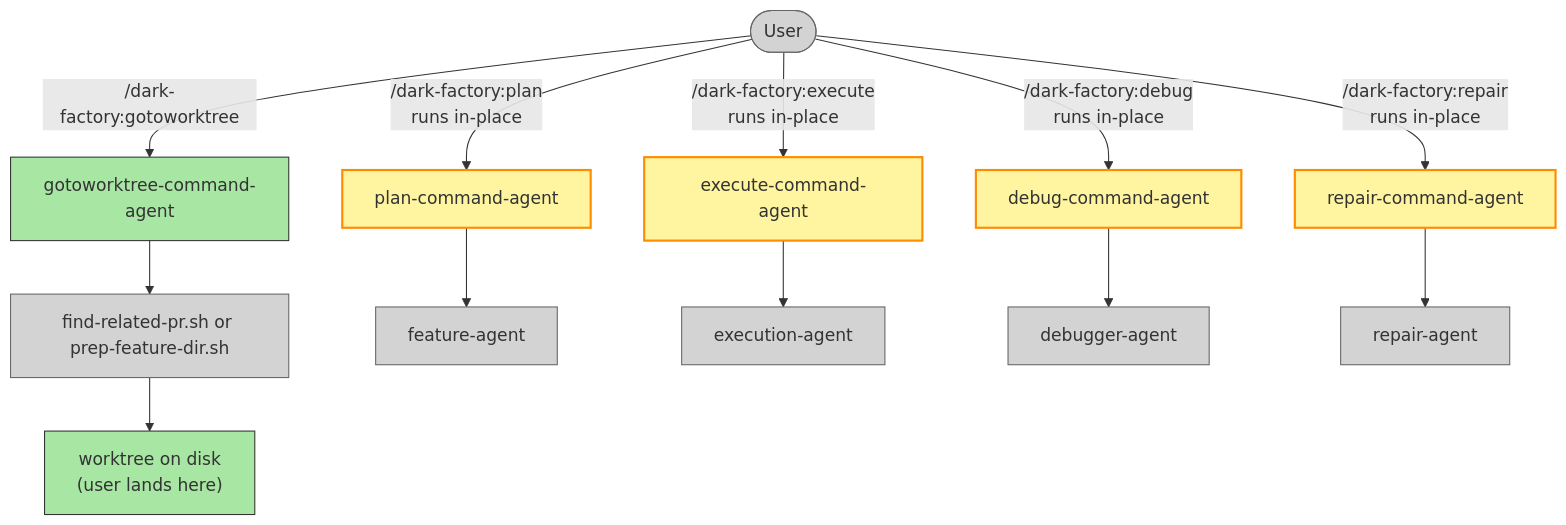
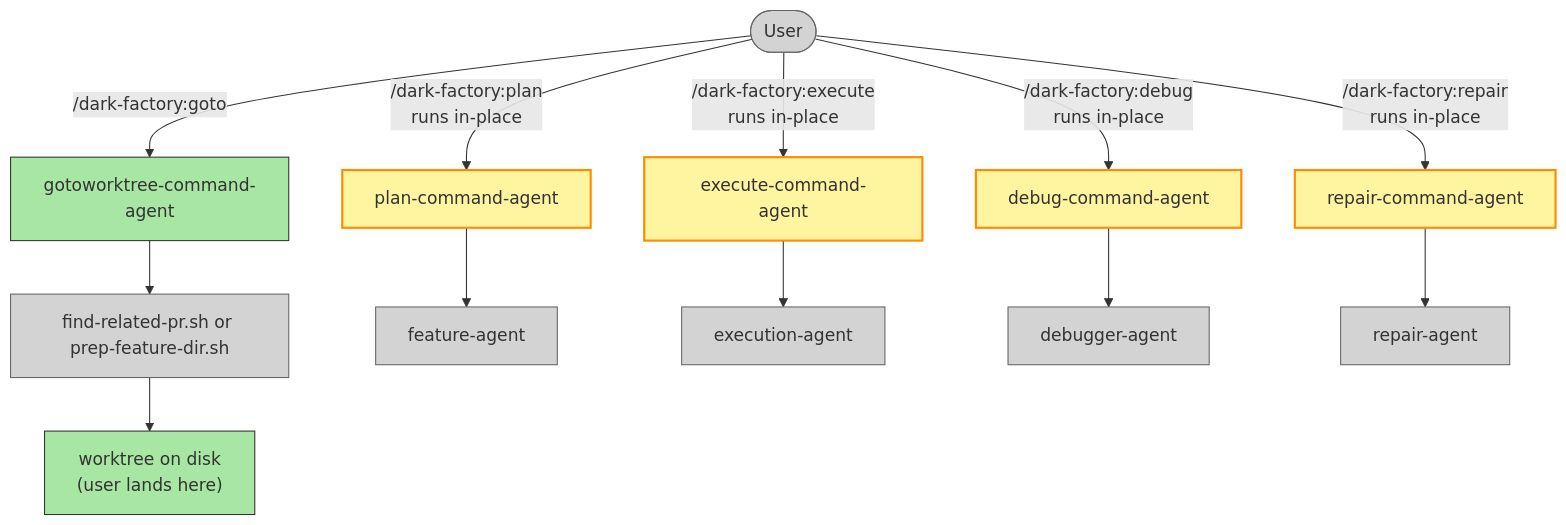
The diagram in docs/plans/gotoworktree.md (lewibs/dark-factory), drawn with Mermaid before and after one commit. The commit also changed other lines of this file and 11 other files, not shown here.

Commit message:
chore(commands): rename gotoworktree command to goto

````diff
--- a/docs/plans/gotoworktree.md
+++ b/docs/plans/gotoworktree.md
@@ -20,22 +20,22 @@
 ```mermaid
 graph TD
   U([User]):::unchanged
 
-  U -->|/dark-factory:gotoworktree| GW_CMD[gotoworktree-command-agent]:::created
+  U -->|/dark-factory:goto| GW_CMD[gotoworktree-command-agent]:::created
   GW_CMD --> PR_SEARCH["find-related-pr.sh or prep-feature-dir.sh"]:::unchanged
   PR_SEARCH --> WT["worktree on disk\n(user lands here)"]:::created
 
   U -->|/dark-factory:plan\nruns in-place| PLAN_CMD[plan-command-agent]:::modified
   U -->|/dark-factory:execute\nruns in-place| EXEC_CMD[execute-command-agent]:::modified
   U -->|/dark-factory:debug\nruns in-place| DBG_CMD[debug-command-agent]:::modified
   U -->|/dark-factory:repair\nruns in-place| REP_CMD[repair-command-agent]:::modified
 
   PLAN_CMD --> FEAT_AGT[feature-agent]:::unchanged
   EXEC_CMD --> EXEC_AGT[execution-agent]:::unchanged
   DBG_CMD --> DEBUGGER_AGT[debugger-agent]:::unchanged
   REP_CMD --> REPAIR_AGT[repair-agent]:::unchanged
 
 classDef unchanged fill:#d3d3d3,stroke:#666,stroke-width:1px;
 classDef created fill:#a8e6a3,stroke:#333,stroke-width:1px;
 classDef modified fill:#fff4a0,stroke:#ff8c00,stroke-width:2px;
 ```
````
